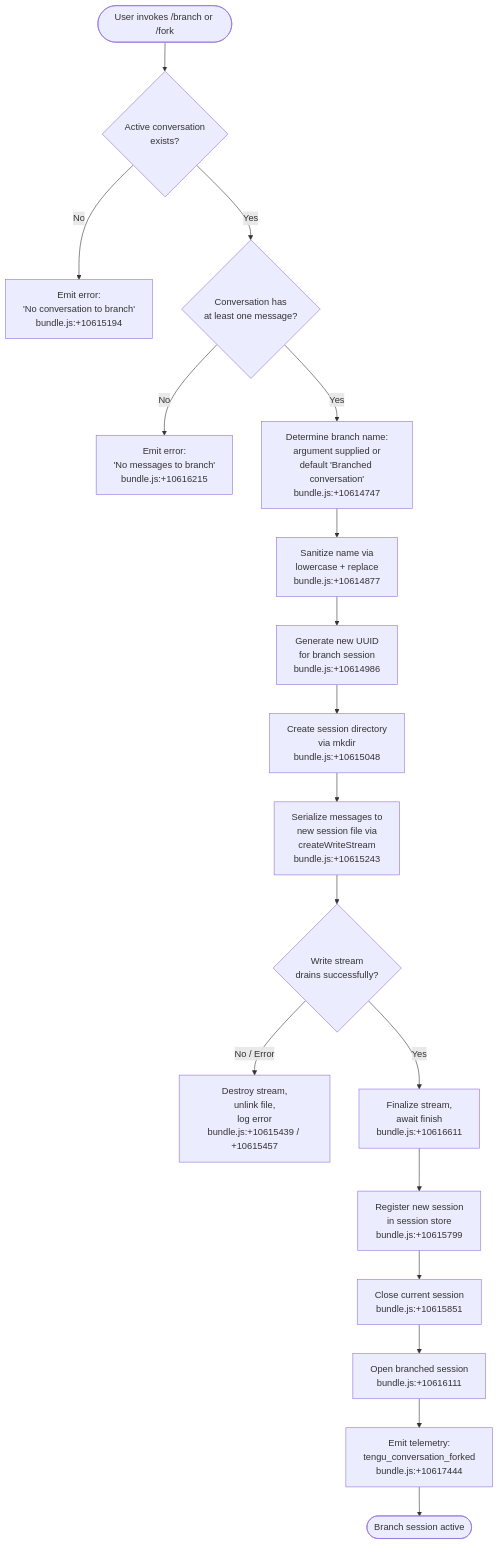
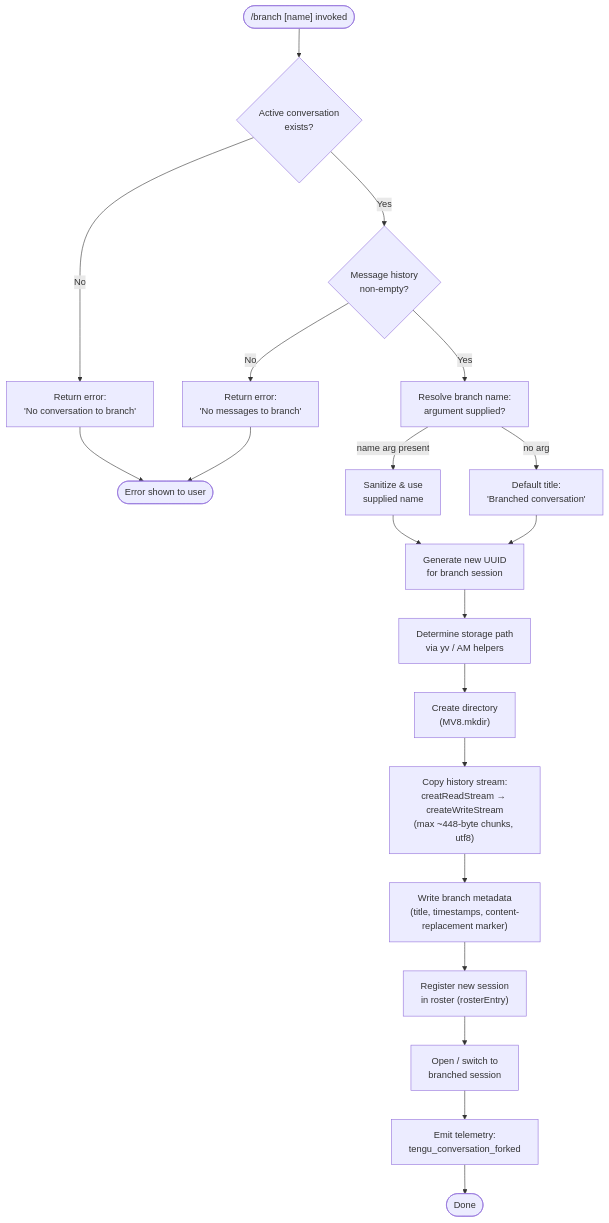
The diagram in versions/v2.1.157/branch.md (MyLittleLuckyDog/cc-gnothi), drawn with Mermaid before and after one commit. The commit also changed other lines of this file and 593 other files, not shown here.

````diff
--- a/versions/v2.1.157/branch.md
+++ b/versions/v2.1.157/branch.md
@@ -47,20 +56,22 @@
 ```mermaid
 flowchart TD
-    A([User invokes /branch or /fork]) --> B{Active conversation\nexists?}
-    B -- No --> C[Emit error:\n'No conversation to branch'\nbundle.js:+10615194]
-    B -- Yes --> D{Conversation has\nat least one message?}
-    D -- No --> E[Emit error:\n'No messages to branch'\nbundle.js:+10616215]
-    D -- Yes --> F[Determine branch name:\nargument supplied or\ndefault 'Branched conversation'\nbundle.js:+10614747]
-    F --> G[Sanitize name via\nlowercase + replace\nbundle.js:+10614877]
-    G --> H[Generate new UUID\nfor branch session\nbundle.js:+10614986]
-    H --> I[Create session directory\nvia mkdir\nbundle.js:+10615048]
-    I --> J[Serialize messages to\nnew session file via\ncreateWriteStream\nbundle.js:+10615243]
-    J --> K{Write stream\ndrains successfully?}
-    K -- No / Error --> L[Destroy stream,\nunlink file,\nlog error\nbundle.js:+10615439 / +10615457]
-    K -- Yes --> M[Finalize stream,\nawait finish\nbundle.js:+10616611]
-    M --> N[Register new session\nin session store\nbundle.js:+10615799]
-    N --> O[Close current session\nbundle.js:+10615851]
-    O --> P[Open branched session\nbundle.js:+10616111]
-    P --> Q[Emit telemetry:\ntengu_conversation_forked\nbundle.js:+10617444]
-    Q --> R([Branch session active])
+    A(["/branch [name] invoked"]) --> B{Active conversation\nexists?}
+    B -- No --> C["Return error:\n'No conversation to branch'"]
+    B -- Yes --> D{Message history\nnon-empty?}
+    D -- No --> E["Return error:\n'No messages to branch'"]
+    D -- Yes --> F["Resolve branch name:\nargument supplied?"]
+    F -- "name arg present" --> G["Sanitize & use\nsupplied name"]
+    F -- "no arg" --> H["Default title:\n'Branched conversation'"]
+    G --> I["Generate new UUID\nfor branch session"]
+    H --> I
+    I --> J["Determine storage path\nvia yv / AM helpers"]
+    J --> K["Create directory\n(MV8.mkdir)"]
+    K --> L["Copy history stream:\ncreatReadStream → createWriteStream\n(max ~448-byte chunks, utf8)"]
+    L --> M["Write branch metadata\n(title, timestamps, content-replacement marker)"]
+    M --> N["Register new session\nin roster (rosterEntry)"]
+    N --> O["Open / switch to\nbranched session"]
+    O --> P["Emit telemetry:\ntengu_conversation_forked"]
+    P --> Q([Done])
+    C --> R([Error shown to user])
+    E --> R
 ```
````
